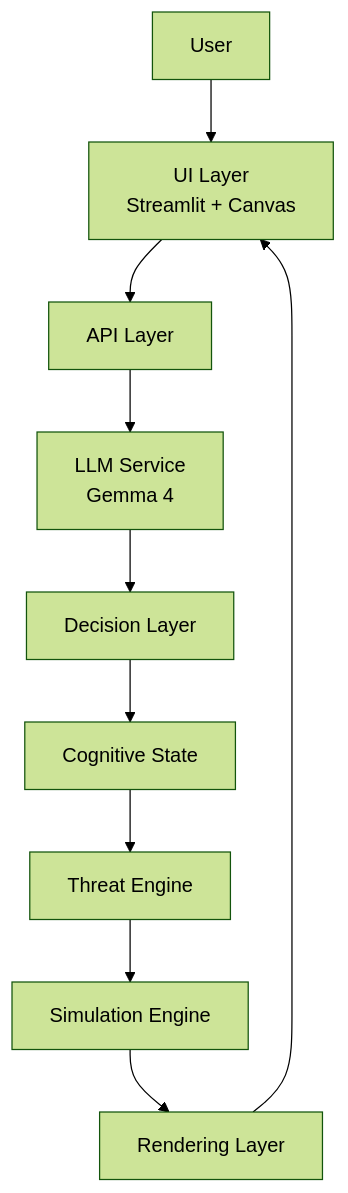
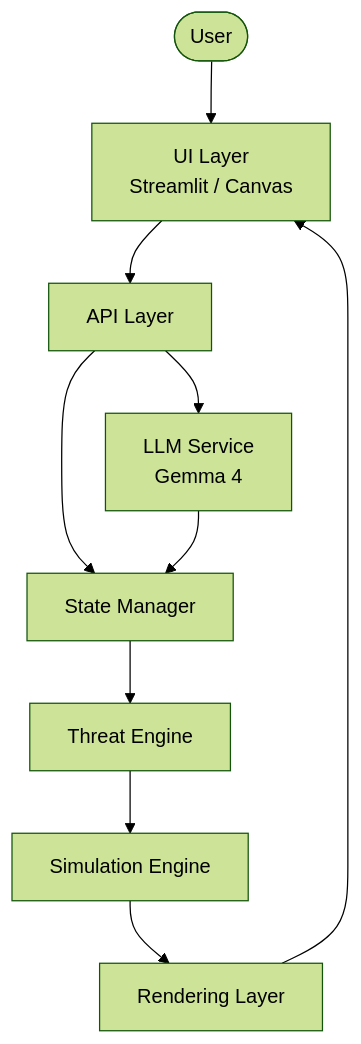
Before and after one commit to sevasu77/inference-collapse: the diagram in docs/1.architecture.md, drawn with Mermaid (forest theme). The commit also changed other lines of this file, not shown here.

First line of the commit message:
Revise architecture documentation and component roles

````diff
--- a/docs/1.architecture.md
+++ b/docs/1.architecture.md
@@ -9,23 +21,35 @@
 ```mermaid
 flowchart TD
 
-    User[User]
-    UI[UI Layer<br/>Streamlit + Canvas]
-    API[API Layer]
-    LLM[LLM Service<br/>Gemma 4]
-    Decision[Decision Layer]
-    State[Cognitive State]
-    Threat[Threat Engine]
-    Engine[Simulation Engine]
-    Render[Rendering Layer]
+    User([User])
+
+    UI["UI Layer<br/>Streamlit / Canvas"]
+
+    API["API Layer"]
+
+    LLM["LLM Service<br/>Gemma 4"]
+
+    State["State Manager"]
+
+    Threat["Threat Engine"]
+
+    Engine["Simulation Engine"]
+
+    Render["Rendering Layer"]
 
     User --> UI
     UI --> API
+
     API --> LLM
-    LLM --> Decision
-    Decision --> State
+    API --> State
+
+    LLM --> State
+
     State --> Threat
+
     Threat --> Engine
+
     Engine --> Render
+
     Render --> UI
 ```
````
